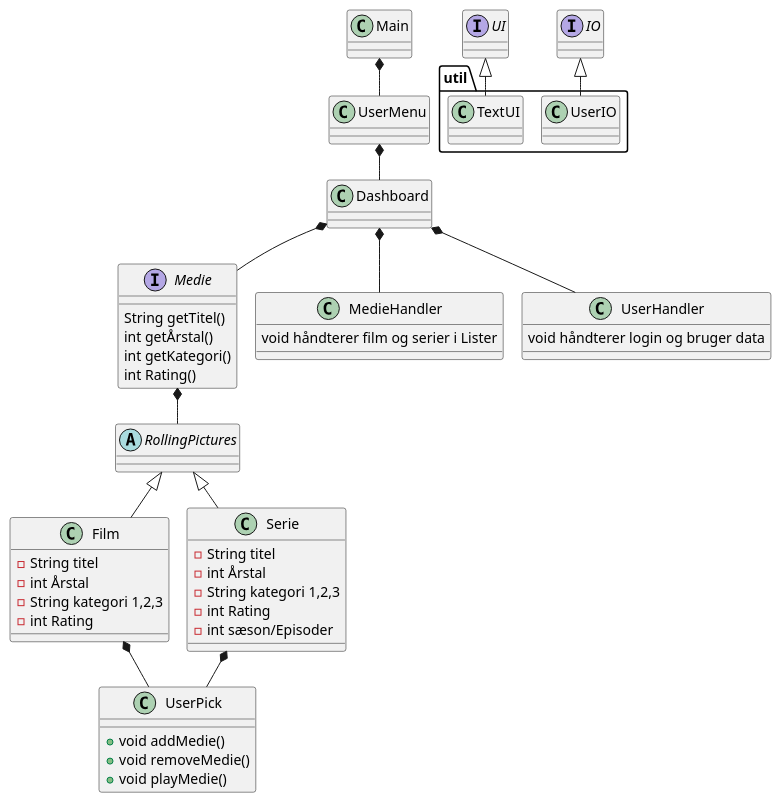
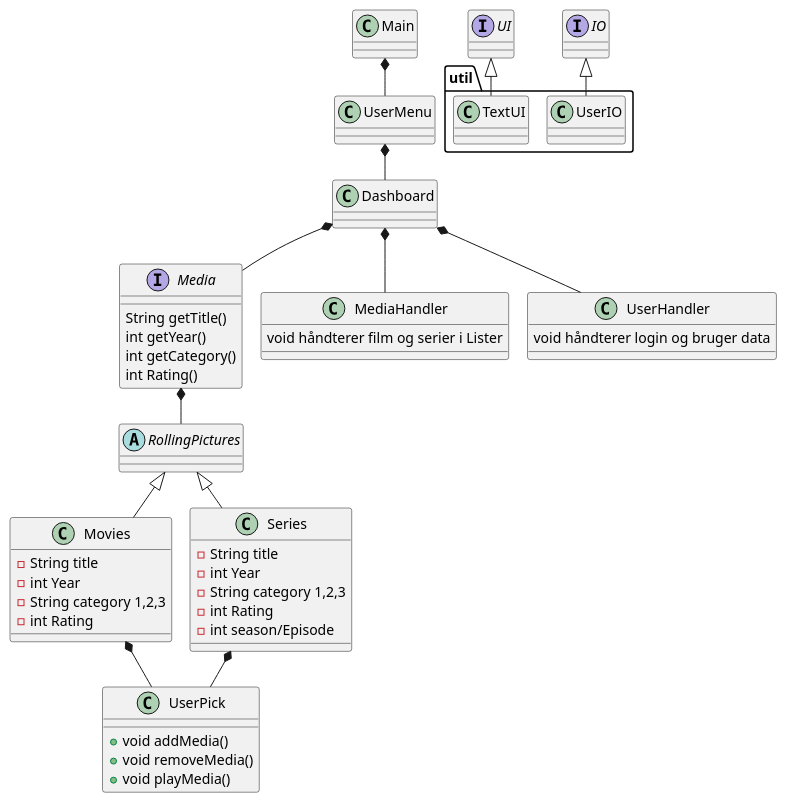
The diagram in doc/Classdiagram.puml (ETHMUNI/SP3-streamingtjeneste), drawn with PlantUML before and after one commit. The commit also changed 1 other file, not shown here.

Commit message:
Changed class diagram

```diff
--- a/doc/Classdiagram.puml
+++ b/doc/Classdiagram.puml
@@ -1,64 +1,64 @@
 @startuml
 'https://plantuml.com/class-diagram
 !pragma layout smetana
 
-interface Medie
+interface Media
 class Main
-class Film
-class Serie
+class Movies
+class Series
 class UserMenu
 class Dashboard
 class UserPick
-class MedieHandler
+class MediaHandler
 class UserHandler
 interface UI
 interface IO
 abstract RollingPictures
 
 
 
 package "util"{
 class TextUI
 class UserIO
 }
 
-Medie : String getTitel()
-Medie : int getÅrstal()
-Medie : int getKategori()
-Medie : int Rating()
+Media : String getTitle()
+Media : int getYear()
+Media : int getCategory()
+Media : int Rating()
 
-Film : - String titel
-Film : - int Årstal
-Film : - String kategori 1,2,3
-Film : - int Rating
+Movies : - String title
+Movies : - int Year
+Movies : - String category 1,2,3
+Movies : - int Rating
 
-Serie : - String titel
-Serie : - int Årstal
-Serie : - String kategori 1,2,3
-Serie : - int Rating
-Serie : - int sæson/Episoder
+Series : - String title
+Series : - int Year
+Series : - String category 1,2,3
+Series : - int Rating
+Series : - int season/Episode
 
-UserPick : + void addMedie()
-UserPick : + void removeMedie()
-UserPick : + void playMedie()
+UserPick : + void addMedia()
+UserPick : + void removeMedia()
+UserPick : + void playMedia()
 UserHandler : void håndterer login og bruger data
-MedieHandler : void håndterer film og serier i Lister
+MediaHandler : void håndterer film og serier i Lister
 
 Main *-- UserMenu
 UserMenu *-- Dashboard
-Dashboard *--Medie
+Dashboard *--Media
 Dashboard *-- UserHandler
-Dashboard *-- MedieHandler
-Medie *-- RollingPictures
+Dashboard *-- MediaHandler
+Media *-- RollingPictures
 
-RollingPictures <|-- Film
-RollingPictures <|-- Serie
-Film *-- UserPick
-Serie *-- UserPick
+RollingPictures <|-- Movies
+RollingPictures <|-- Series
+Movies *-- UserPick
+Series *-- UserPick
 
 UI <|-- TextUI
 IO <|-- UserIO
 
 
 
 @enduml
```
